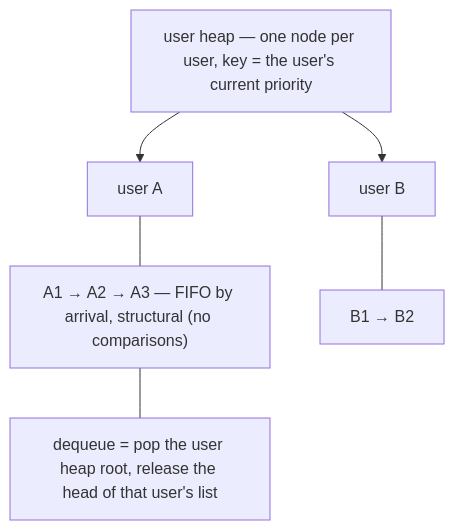
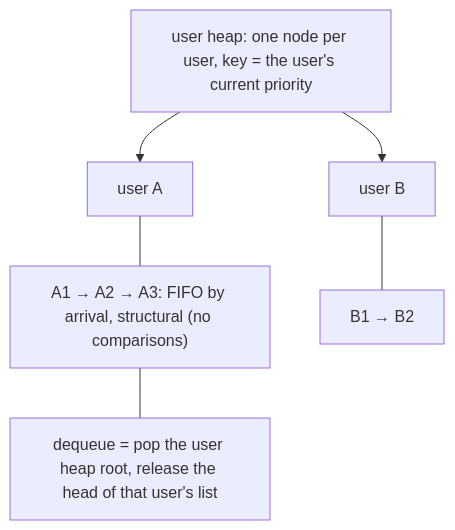
The fourth of 4 diagrams in docs/proposal/fairness-same-user-fifo.md (bolubo/kthena), drawn with Mermaid before and after one commit. The commit also changed other lines of this file, not shown here.

````diff
--- a/docs/proposal/fairness-same-user-fifo.md
+++ b/docs/proposal/fairness-same-user-fifo.md
@@ -323,8 +333,8 @@
 ```mermaid
 flowchart TB
-    H["user heap — one node per user, key = the user's current priority"] --> UA["user A"]
+    H["user heap: one node per user, key = the user's current priority"] --> UA["user A"]
     H --> UB["user B"]
-    UA --- LA["A1 → A2 → A3 — FIFO by arrival, structural (no comparisons)"]
+    UA --- LA["A1 → A2 → A3: FIFO by arrival, structural (no comparisons)"]
     UB --- LB["B1 → B2"]
     LA --- REL["dequeue = pop the user heap root, release the head of that user's list"]
 ```
````
